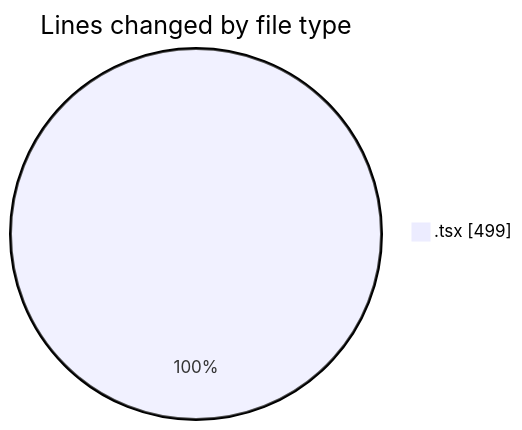
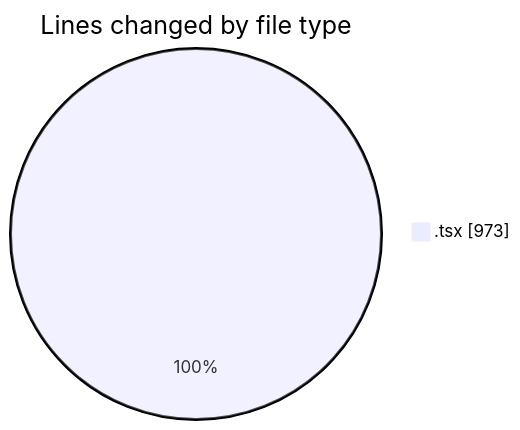
The first of 2 diagrams in 2026-09-10/cda/README.md (momahboobian/code-tracking), drawn with Mermaid before and after one commit. The commit also changed other lines of this file and 1 other file, not shown here.

````diff
--- a/2026-09-10/cda/README.md
+++ b/2026-09-10/cda/README.md
@@ -21,5 +24,5 @@
 ```mermaid
 pie showData
 title Lines changed by file type
-".tsx" : 499
+".tsx" : 973
 ```
````
